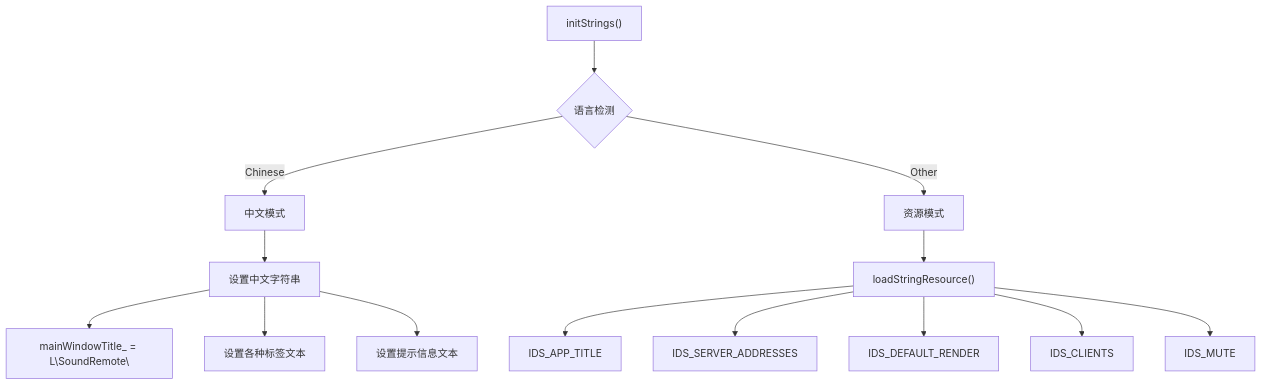
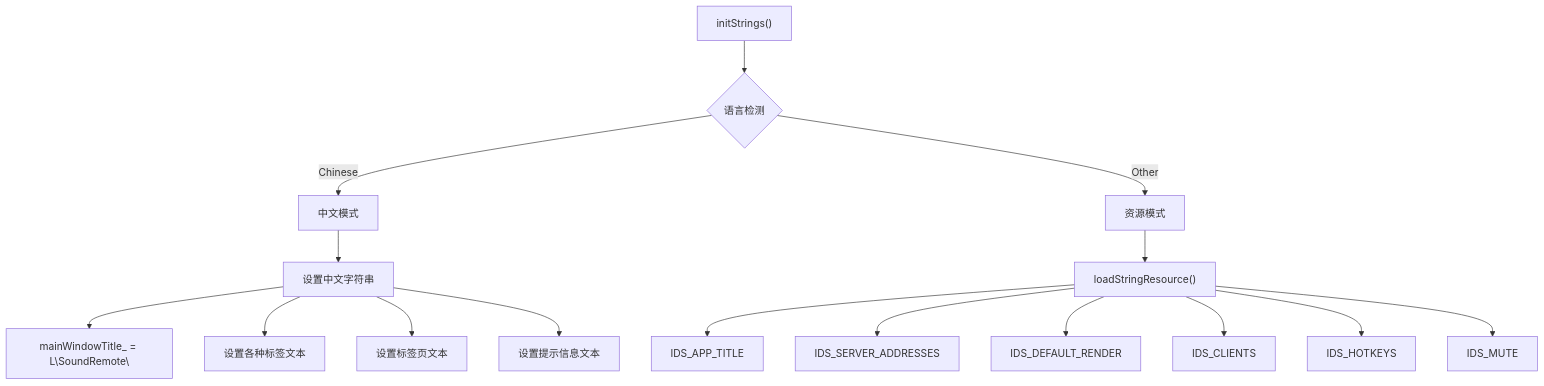
One commit to tea4go/SoundRemote-WinServer changed the sixth of 12 diagrams in .qoder/repowiki/zh/content/用户界面.md. Above: the diagram before and after it, drawn with Mermaid. The commit also changed other lines of this file and 10 other files, not shown here.

````diff
--- a/.qoder/repowiki/zh/content/用户界面.md
+++ b/.qoder/repowiki/zh/content/用户界面.md
@@ -233,16 +308,18 @@
 ```mermaid
 flowchart TD
 InitStrings["initStrings()"] --> CheckLang{"语言检测"}
 CheckLang --> |Chinese| ChineseMode["中文模式"]
 CheckLang --> |Other| ResourceMode["资源模式"]
 ChineseMode --> SetTexts["设置中文字符串"]
 SetTexts --> WindowTitle["mainWindowTitle_ = L\"SoundRemote\""]
 SetTexts --> Labels["设置各种标签文本"]
+SetTexts --> TabLabels["设置标签页文本"]
 SetTexts --> Messages["设置提示信息文本"]
 ResourceMode --> LoadResources["loadStringResource()"]
 LoadResources --> IDS_APP_TITLE["IDS_APP_TITLE"]
 LoadResources --> IDS_SERVER_ADDRESSES["IDS_SERVER_ADDRESSES"]
 LoadResources --> IDS_DEFAULT_RENDER["IDS_DEFAULT_RENDER"]
 LoadResources --> IDS_CLIENTS["IDS_CLIENTS"]
+LoadResources --> IDS_HOTKEYS["IDS_HOTKEYS"]
 LoadResources --> IDS_MUTE["IDS_MUTE"]
 ```
````
